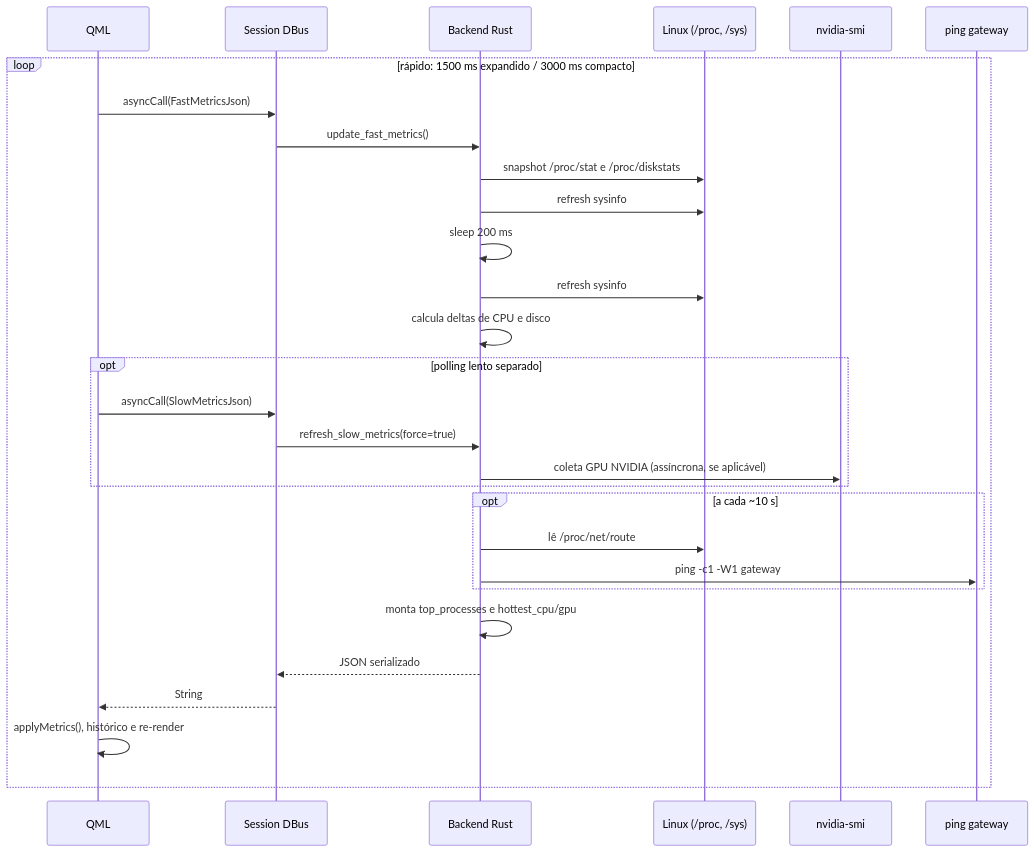
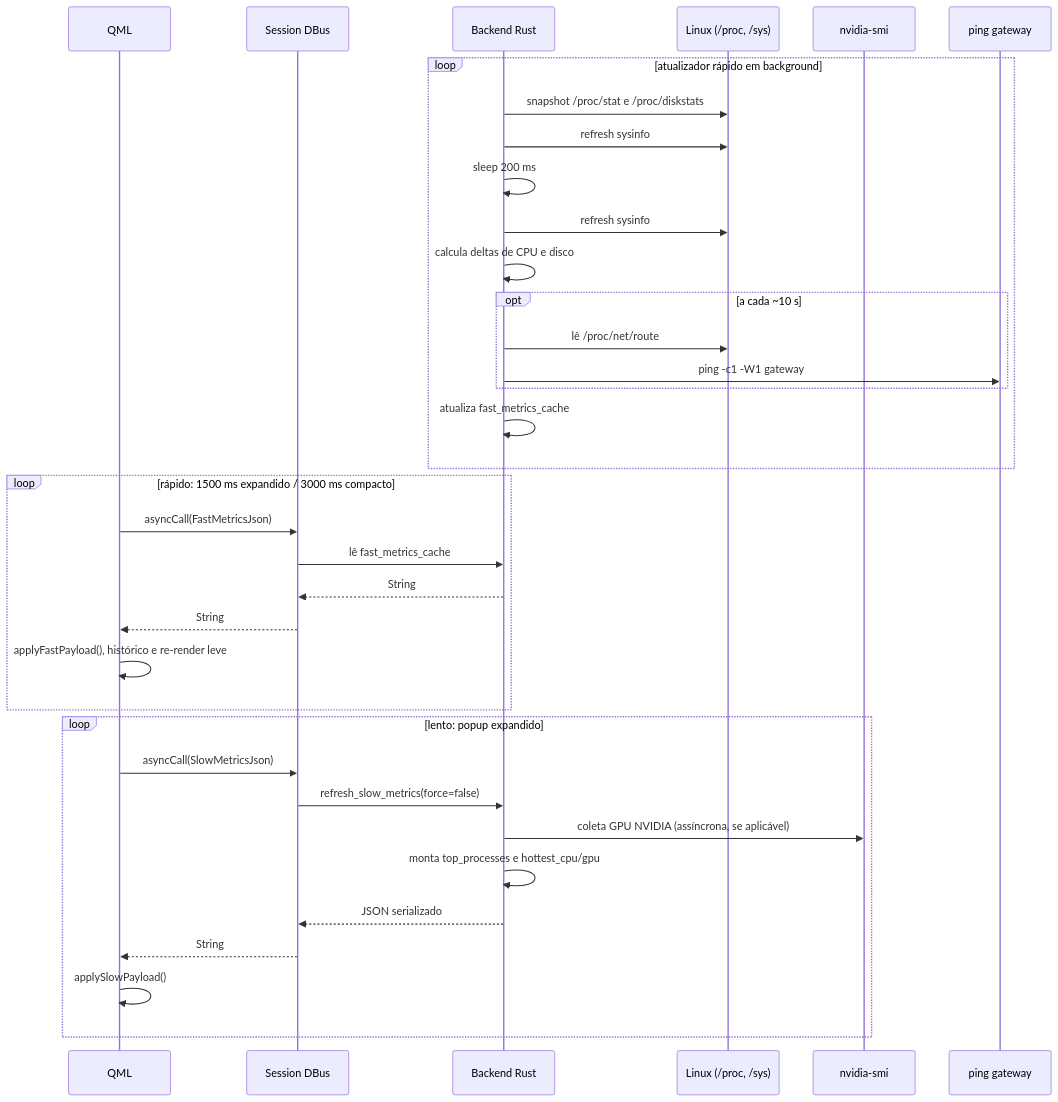
One commit to marcos2872/rust-monitor-tray changed the fourth of 4 diagrams in docs/architecture.md. Above: the diagram before and after it, drawn with Mermaid. The commit also changed other lines of this file and 6 other files, not shown here.

First line of the commit message:
docs: Atualiza docs para refletir cache quente do caminho rápido

````diff
--- a/docs/architecture.md
+++ b/docs/architecture.md
@@ -89,32 +89,40 @@
 ```mermaid
 sequenceDiagram
     participant Q as QML
     participant D as Session DBus
     participant B as Backend Rust
     participant L as Linux (/proc, /sys)
     participant N as nvidia-smi
     participant P as ping gateway
 
-    loop rápido: 1500 ms expandido / 3000 ms compacto
-        Q->>D: asyncCall(FastMetricsJson)
-        D->>B: update_fast_metrics()
+    loop atualizador rápido em background
         B->>L: snapshot /proc/stat e /proc/diskstats
         B->>L: refresh sysinfo #1
         B->>B: sleep 200 ms
         B->>L: refresh sysinfo #2
         B->>B: calcula deltas de CPU e disco
-        opt polling lento separado
-            Q->>D: asyncCall(SlowMetricsJson)
-            D->>B: refresh_slow_metrics(force=true)
-            B->>N: coleta GPU NVIDIA (assíncrona, se aplicável)
-        end
         opt a cada ~10 s
             B->>L: lê /proc/net/route
             B->>P: ping -c1 -W1 gateway
         end
+        B->>B: atualiza fast_metrics_cache
+    end
+
+    loop rápido: 1500 ms expandido / 3000 ms compacto
+        Q->>D: asyncCall(FastMetricsJson)
+        D->>B: lê fast_metrics_cache
+        B-->>D: String
+        D-->>Q: String
+        Q->>Q: applyFastPayload(), histórico e re-render leve
+    end
+
+    loop lento: popup expandido
+        Q->>D: asyncCall(SlowMetricsJson)
+        D->>B: refresh_slow_metrics(force=false)
+        B->>N: coleta GPU NVIDIA (assíncrona, se aplicável)
         B->>B: monta top_processes e hottest_cpu/gpu
         B-->>D: JSON serializado
         D-->>Q: String
-        Q->>Q: applyMetrics(), histórico e re-render
+        Q->>Q: applySlowPayload()
     end
 ```
````
